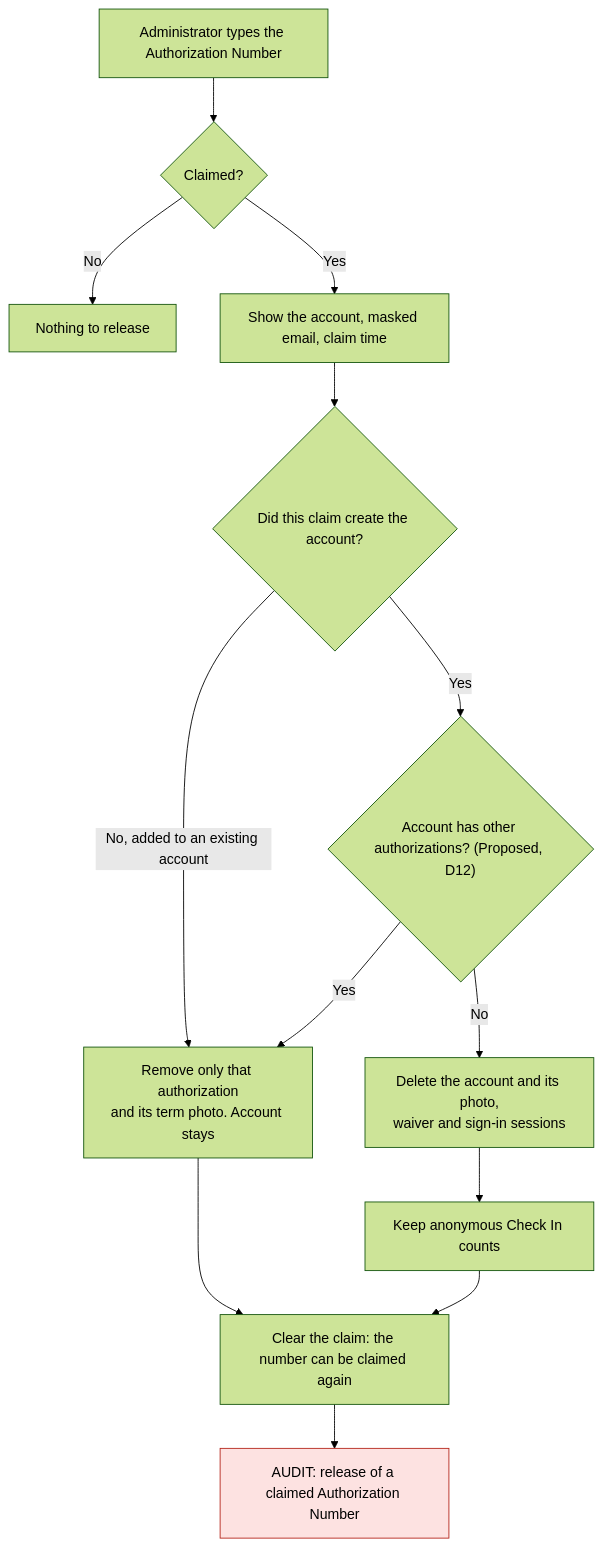
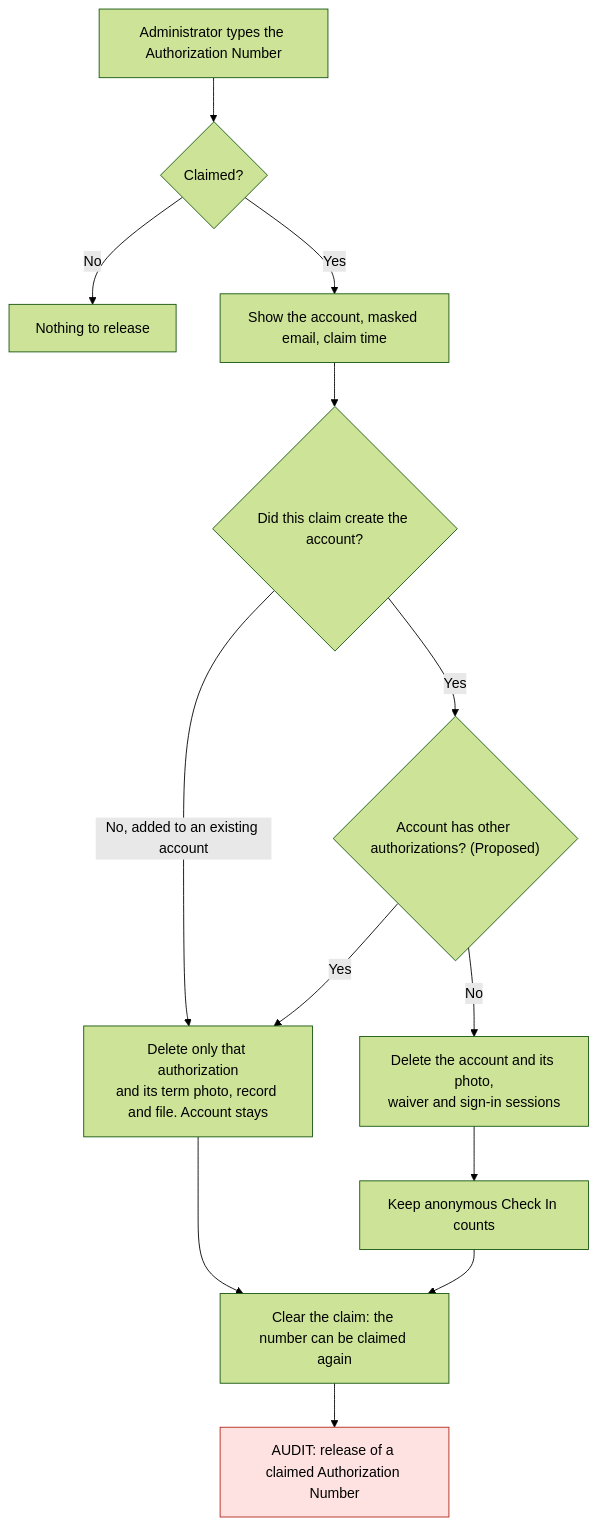
One commit to Th3-Minorities/natatorio-gym-app changed diagram 13 of 17 in docs/design/admin-flows.md. Above: the diagram before and after it, drawn with Mermaid (forest theme). The commit also changed other lines of this file, not shown here.

Commit message:
Add the recovery code flow and the PIN version to the admin flows

````diff
--- a/docs/design/admin-flows.md
+++ b/docs/design/admin-flows.md
@@ -291,18 +360,18 @@
 ```mermaid
 flowchart TD
   L0["Administrator types the Authorization Number"] --> L1{"Claimed?"}
   L1 -->|"No"| L2["Nothing to release"]
   L1 -->|"Yes"| L3["Show the account, masked email, claim time"]
   L3 --> L4{"Did this claim create the account?"}
-  L4 -->|"No, added to an existing account"| L5["Remove only that authorization<br/>and its term photo. Account stays"]
-  L4 -->|"Yes"| L6{"Account has other authorizations? (Proposed, D12)"}
+  L4 -->|"No, added to an existing account"| L5["Delete only that authorization<br/>and its term photo, record and file. Account stays"]
+  L4 -->|"Yes"| L6{"Account has other authorizations? (Proposed)"}
   L6 -->|"Yes"| L5
   L6 -->|"No"| L7["Delete the account and its photo,<br/>waiver and sign-in sessions"]
   L7 --> L8["Keep anonymous Check In counts"]
   L5 --> L9["Clear the claim: the number can be claimed again"]
   L8 --> L9
   L9 --> L10["AUDIT: release of a claimed Authorization Number"]
 
   classDef audit fill:#fde2e1,stroke:#b42318,color:#000
   class L10 audit
 ```
````
